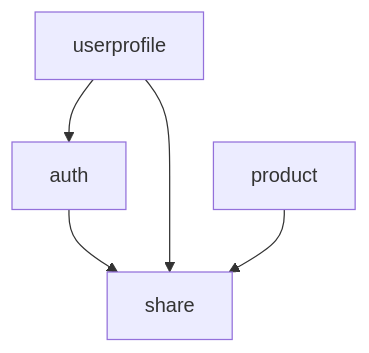
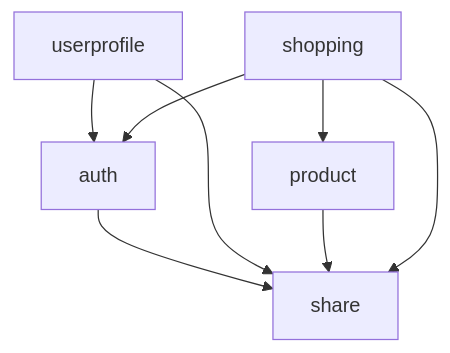
One commit to char5742/ecsite-sample-spring changed the second of 2 diagrams in .roo/rules/04_ARCHITECTURE.md. Above: the diagram before and after it, drawn with Mermaid. The commit also changed other lines of this file and 43 other files, not shown here.

````diff
--- a/.roo/rules/04_ARCHITECTURE.md
+++ b/.roo/rules/04_ARCHITECTURE.md
@@ -33,7 +33,10 @@
 ```mermaid
 flowchart TD
     auth --> share;
     userprofile --> share;
     userprofile --> auth;
     product --> share;
+    shopping --> share;
+    shopping --> auth;
+    shopping --> product;
 ```
````
